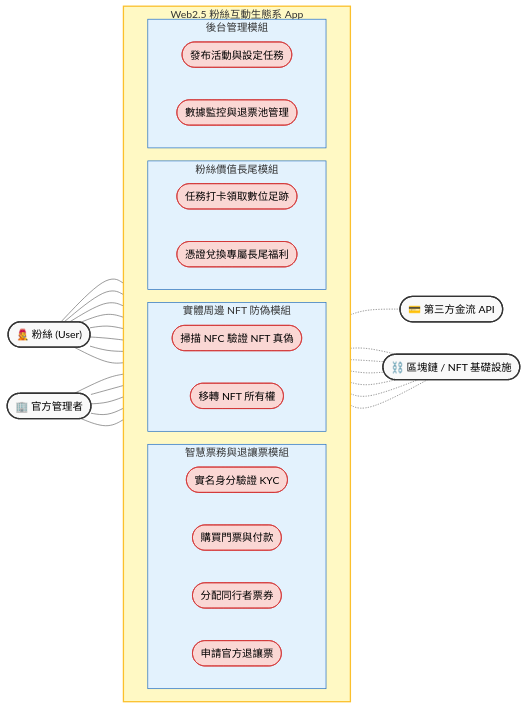
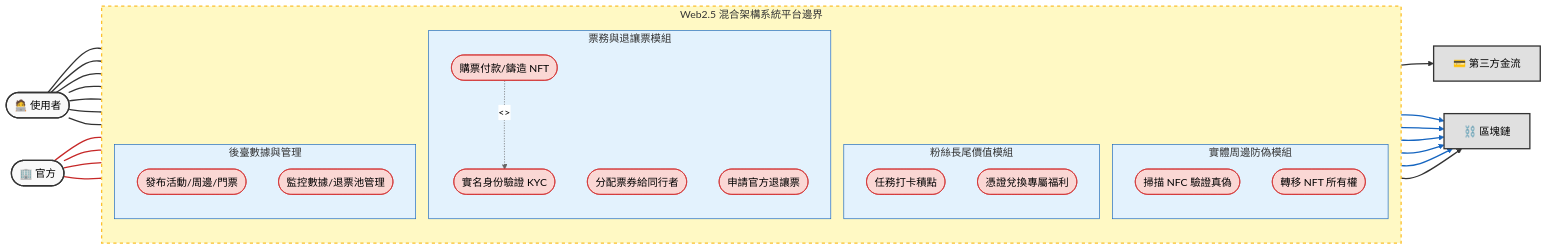
Before and after one commit to zhuang147/Blockchain-fan-economy-document: the diagram in UML.md, drawn with Mermaid (neutral theme). The commit also changed other lines of this file, not shown here.

````diff
--- a/UML.md
+++ b/UML.md
@@ -4,81 +3,91 @@
 ```mermaid
 flowchart LR
-    %% 定義左側主動參與者
-    Fan(["🧑‍🎤 粉絲 (User)"])
-    Admin(["🏢 官方管理者"])
+    %% ==== 1. 定義參與者與外部系統 ====
+    User(["🧑‍💻 使用者"])
+    Admin(["🏢 官方"])
+    
+    %% 外部系統改用方塊表示 (符合 UML 規範)
+    Pay["💳 第三方金流"]
+    Blockchain["⛓️ 區塊鏈"]
 
-    %% 系統邊界與模組
-    subgraph SystemBoundary [Web2.5 粉絲互動生態系 App]
-        direction LR
+    %% ==== 2. 定義系統邊界與內部模組 ====
+    subgraph SystemBoundary ["Web2.5 混合架構系統平台邊界"]
+        direction TB
         
-        subgraph TicketSystem [智慧票務與退讓票模組]
-            UC1([實名身分驗證 KYC])
-            UC2([購買門票與付款])
-            UC3([分配同行者票券])
+        subgraph TicketModule ["票務與退讓票模組"]
+            UC1([實名身份驗證 KYC])
+            UC2([購票付款/鑄造 NFT])
+            UC3([分配票券給同行者])
             UC4([申請官方退讓票])
         end
-
-        subgraph MerchSystem [實體周邊 NFT 防偽模組]
-            UC5([掃描 NFC 驗證 NFT 真偽])
-            UC6([移轉 NFT 所有權])
+        
+        subgraph MerchModule ["實體周邊防偽模組"]
+            UC5([掃描 NFC 驗證真偽])
+            UC6([轉移 NFT 所有權])
         end
-
-        subgraph LongTailSystem [粉絲價值長尾模組]
-            UC7([任務打卡領取數位足跡])
-            UC8([憑證兌換專屬長尾福利])
+        
+        subgraph LongTailModule ["粉絲長尾價值模組"]
+            UC7([任務打卡積點])
+            UC8([憑證兌換專屬福利])
         end
-
-        subgraph AdminSystem [後台管理模組]
-            UC9([發布活動與設定任務])
-            UC10([數據監控與退票池管理])
+        
+        subgraph AdminModule ["後臺數據與管理"]
+            UC9([發布活動/周邊/門票])
+            UC10([監控數據/退票池管理])
         end
     end
 
-    %% 定義右側外部依賴
-    Blockchain(["⛓️ 區塊鏈 / NFT 基礎設施"])
-    Pay(["💳 第三方金流 API"])
+    %% ==== 3. 定義連線邏輯 ====
 
-    %% --- 連線關係 ---
+    %% Include 關係 (Index 0)
+    UC2 -.->|"<<Include>>"| UC1
 
-    %% 粉絲互動 (實線)
-    Fan --- UC1
-    Fan --- UC2
-    Fan --- UC3
-    Fan --- UC4
-    Fan --- UC5
-    Fan --- UC6
-    Fan --- UC7
-    Fan --- UC8
+    %% 使用者連線 (Index 1~7)
+    User --- UC2
+    User --- UC3
+    User --- UC4
+    User --- UC5
+    User --- UC6
+    User --- UC7
+    User --- UC8
 
-    %% 管理者互動 (實線)
-    Admin --- UC1
+    %% 官方連線 (Index 8~11)
+    Admin --- UC7
+    Admin --- UC8
     Admin --- UC9
     Admin --- UC10
-    %% 官方設定任務
-    Admin --- UC7 
-    %% 官方管理福利發放
-    Admin --- UC8 
 
-    %% 系統自動化呼叫 (虛線)
-    UC2 -.- Pay
-    UC2 -.- Blockchain
-    UC3 -.- Blockchain
-    UC4 -.- Blockchain
-    %% 驗證 NFT
-    UC5 -.- Blockchain 
-    %% 轉移資產
-    UC6 -.- Blockchain 
-    %% 派發 POAP/SBT 數位足跡
-    UC7 -.- Blockchain 
+    %% 外部系統連線：第三方金流 (Index 12)
+    UC2 --> Pay
 
-    %% 樣式設定
+    %% 外部系統連線：區塊鏈 (Index 13~17)
+    UC2 --> Blockchain
+    UC3 --> Blockchain
+    UC4 --> Blockchain
+    UC5 --> Blockchain
+    UC6 --> Blockchain
+
+    %% 外部系統連線：後臺監控 (Index 18)
+    UC10 --> Blockchain
+
+    %% ==== 4. 設定線條顏色與樣式 ====
+    %% 官方紅線
+    linkStyle 8,9,10,11 stroke:#c62828,stroke-width:2px;
+    %% 區塊鏈藍線
+    linkStyle 13,14,15,16,17 stroke:#1565c0,stroke-width:2px;
+    %% 預設黑線 (使用者、金流、後臺)
+    linkStyle 1,2,3,4,5,6,7,12,18 stroke:#333333,stroke-width:2px;
+
+    %% ==== 5. 設定節點與區塊顏色 ====
     classDef actor fill:#f9f9f9,stroke:#333,stroke-width:2px;
+    classDef system fill:#e0e0e0,stroke:#333,stroke-width:2px;
     classDef usecase fill:#fad7d4,stroke:#d32f2f,stroke-width:1px;
-    classDef package fill:#e3f2fd,stroke:#1565c0,stroke-width:1px;
-    classDef boundary fill:#fff9c4,stroke:#fbc02d,stroke-width:2px;
+    classDef boundary fill:#fff9c4,stroke:#fbc02d,stroke-width:2px,stroke-dasharray: 5 5;
+    classDef module fill:#e3f2fd,stroke:#1565c0,stroke-width:1px;
 
-    class Fan,Admin,Blockchain,Pay actor;
+    class User,Admin actor;
+    class Pay,Blockchain system;
     class UC1,UC2,UC3,UC4,UC5,UC6,UC7,UC8,UC9,UC10 usecase;
-    class TicketSystem,MerchSystem,LongTailSystem,AdminSystem package;
     class SystemBoundary boundary;
+    class TicketModule,MerchModule,LongTailModule,AdminModule module;
 ```
````
